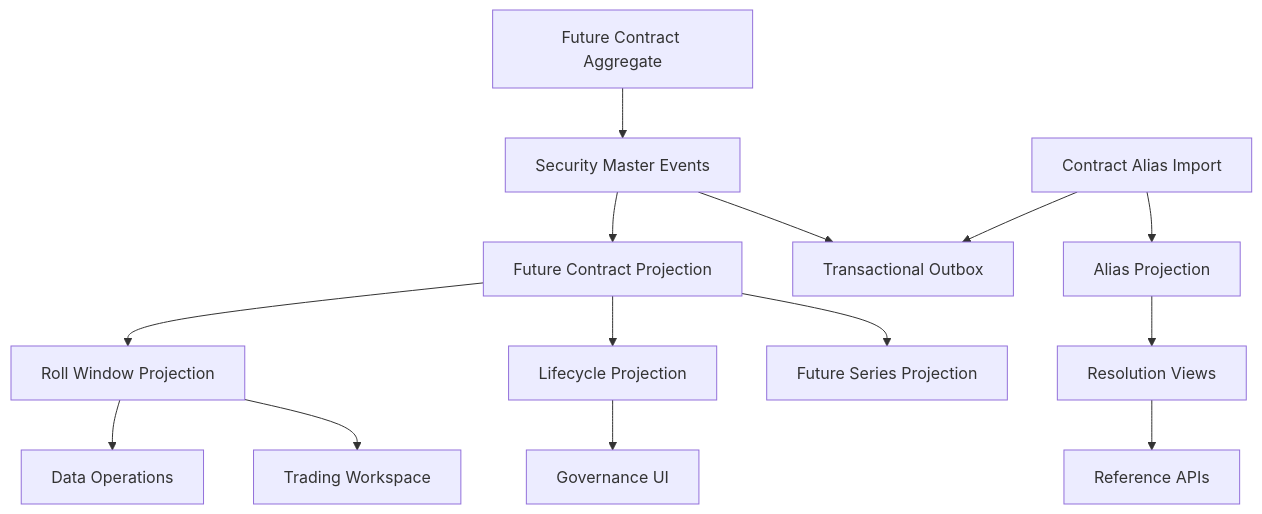
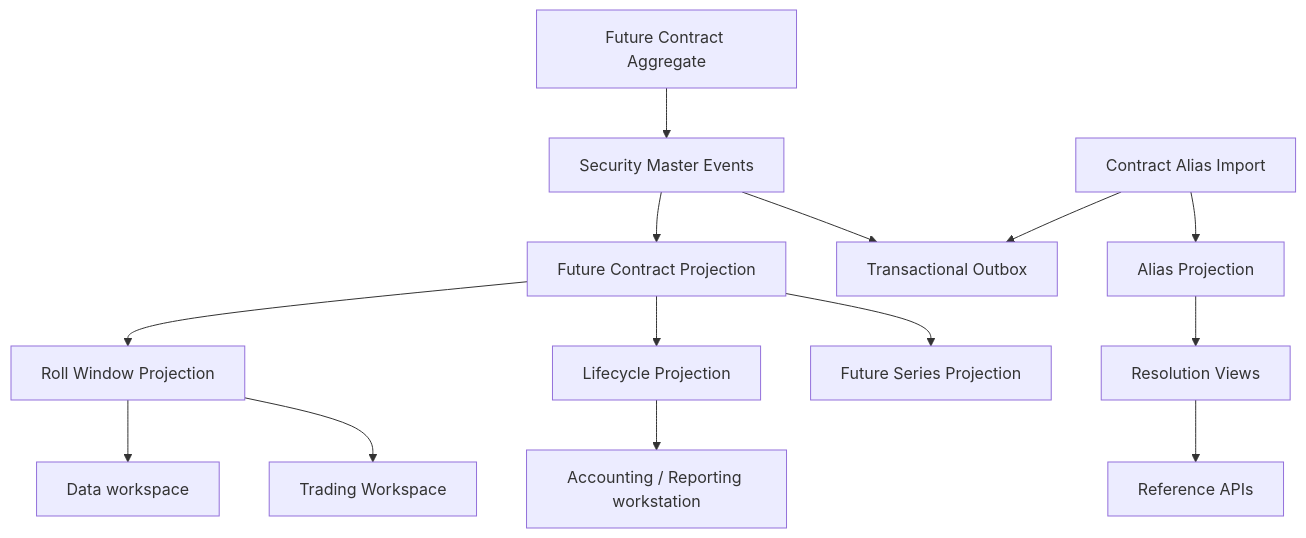
One commit to rodoHasArrived/Meridian-main changed the diagram in docs/plans/ufl-future-target-state-v2.md. Above: the diagram before and after it, drawn with Mermaid. The commit also changed 51 other files, not shown here.

````diff
--- a/docs/plans/ufl-future-target-state-v2.md
+++ b/docs/plans/ufl-future-target-state-v2.md
@@ -61,19 +61,19 @@
 ```mermaid
 flowchart TD
     Contract["Future Contract Aggregate"] --> ContractEvents["Security Master Events"]
     ContractEvents --> Outbox["Transactional Outbox"]
     ContractEvents --> ContractRM["Future Contract Projection"]
 
     AliasImport["Contract Alias Import"] --> AliasRM["Alias Projection"]
     AliasImport --> Outbox
 
     ContractRM --> SeriesRM["Future Series Projection"]
     ContractRM --> LifecycleRM["Lifecycle Projection"]
     ContractRM --> RollRM["Roll Window Projection"]
     AliasRM --> Search["Resolution Views"]
 
     RollRM --> Trading["Trading Workspace"]
-    RollRM --> DataOps["Data Operations"]
-    LifecycleRM --> Governance["Governance UI"]
+    RollRM --> DataOps["Data workspace"]
+    LifecycleRM --> Governance["Accounting / Reporting workstation"]
     Search --> APIs["Reference APIs"]
 ```
````
